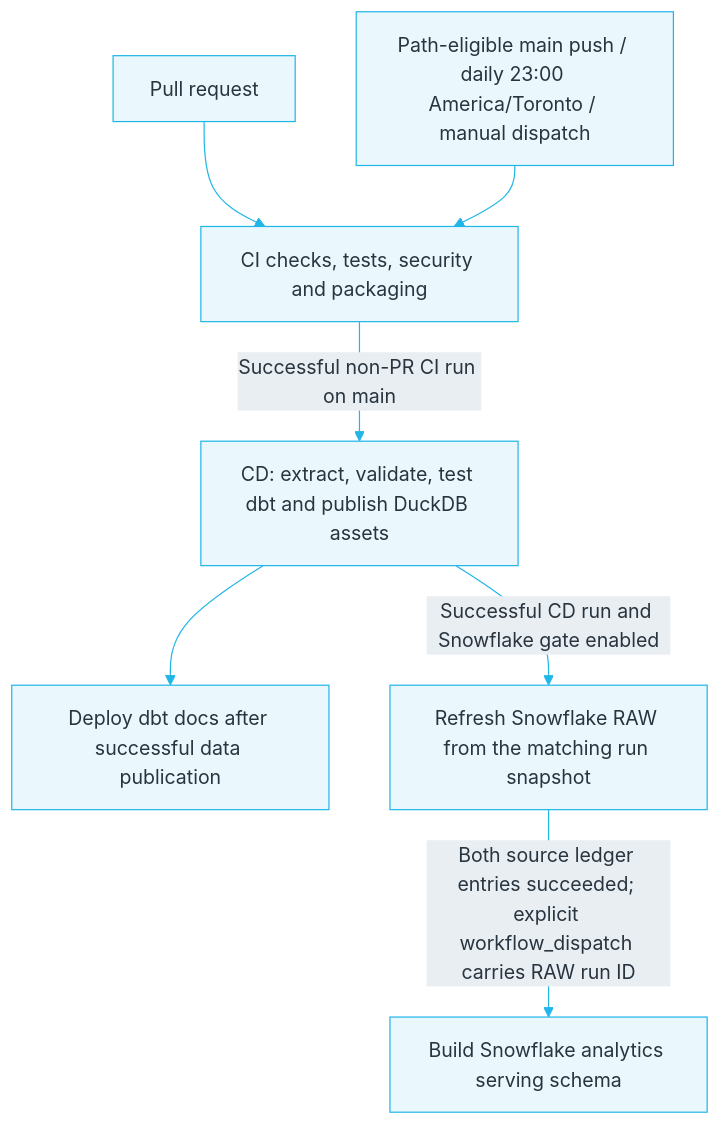
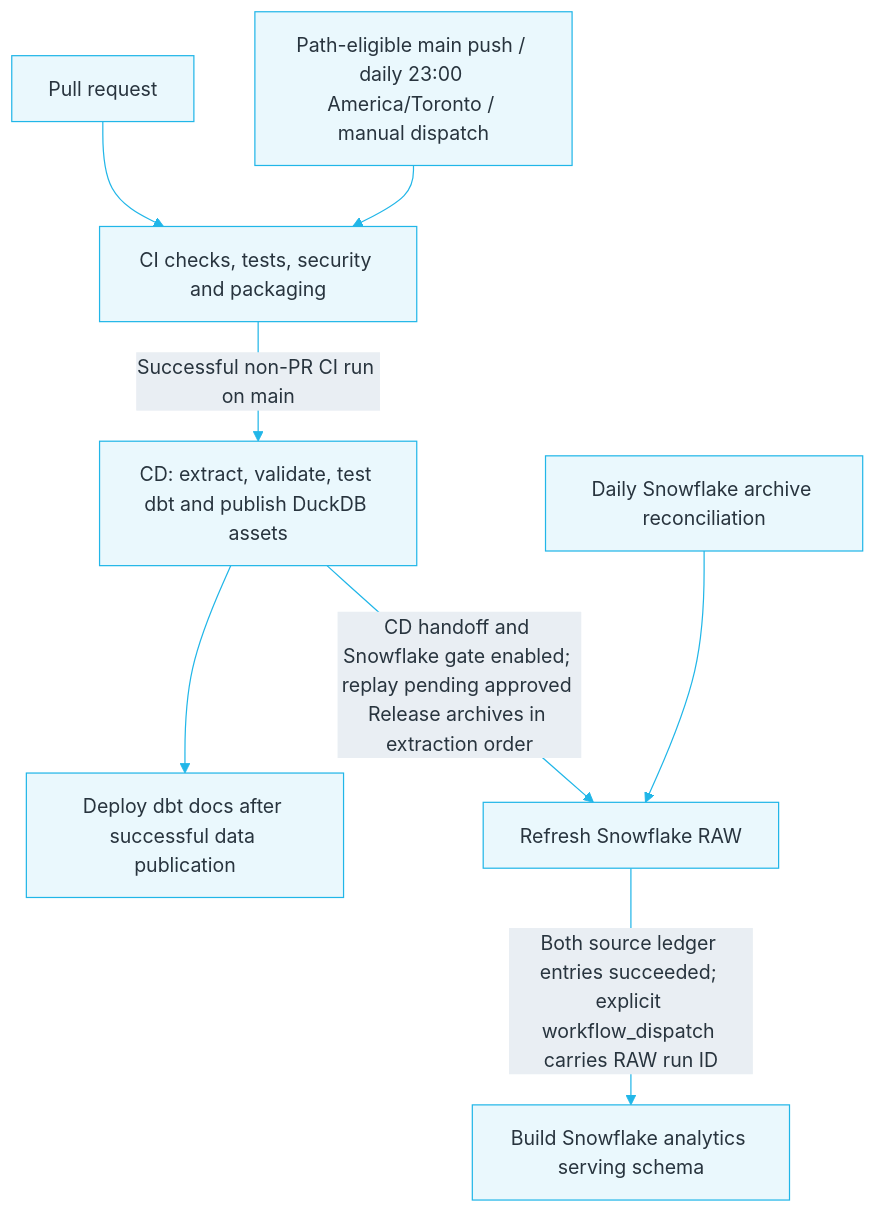
Before and after one commit to gagadanalyst/toronto-housing-bottleneck-analytics: the second of 2 diagrams in README.md, drawn with Mermaid. The commit also changed other lines of this file and 2 other files, not shown here.

````diff
--- a/README.md
+++ b/README.md
@@ -122,10 +125,11 @@
 ```mermaid
 %%{init: {"theme":"base","themeVariables":{"primaryColor":"#EAF8FD","primaryTextColor":"#28343E","primaryBorderColor":"#21B6E8","lineColor":"#21B6E8","secondaryColor":"#E9EEF3","tertiaryColor":"#FFFFFF","fontFamily":"Arial, sans-serif"}}}%%
 flowchart TB
     PR[Pull request] --> CI[CI checks, tests, security and packaging]
     TRIG[Path-eligible main push / daily 23:00 America/Toronto / manual dispatch] --> CI
     CI -->|Successful non-PR CI run on main| CD[CD: extract, validate, test dbt and publish DuckDB assets]
     CD --> DOCS[Deploy dbt docs after successful data publication]
-    CD -->|Successful CD run and Snowflake gate enabled| RAW[Refresh Snowflake RAW from the matching run snapshot]
+    CD -->|CD handoff and Snowflake gate enabled; replay pending approved Release archives in extraction order| RAW[Refresh Snowflake RAW]
+    SWEEP[Daily Snowflake archive reconciliation] --> RAW
     RAW -->|Both source ledger entries succeeded; explicit workflow_dispatch carries RAW run ID| SERVE[Build Snowflake analytics serving schema]
 ```
````
